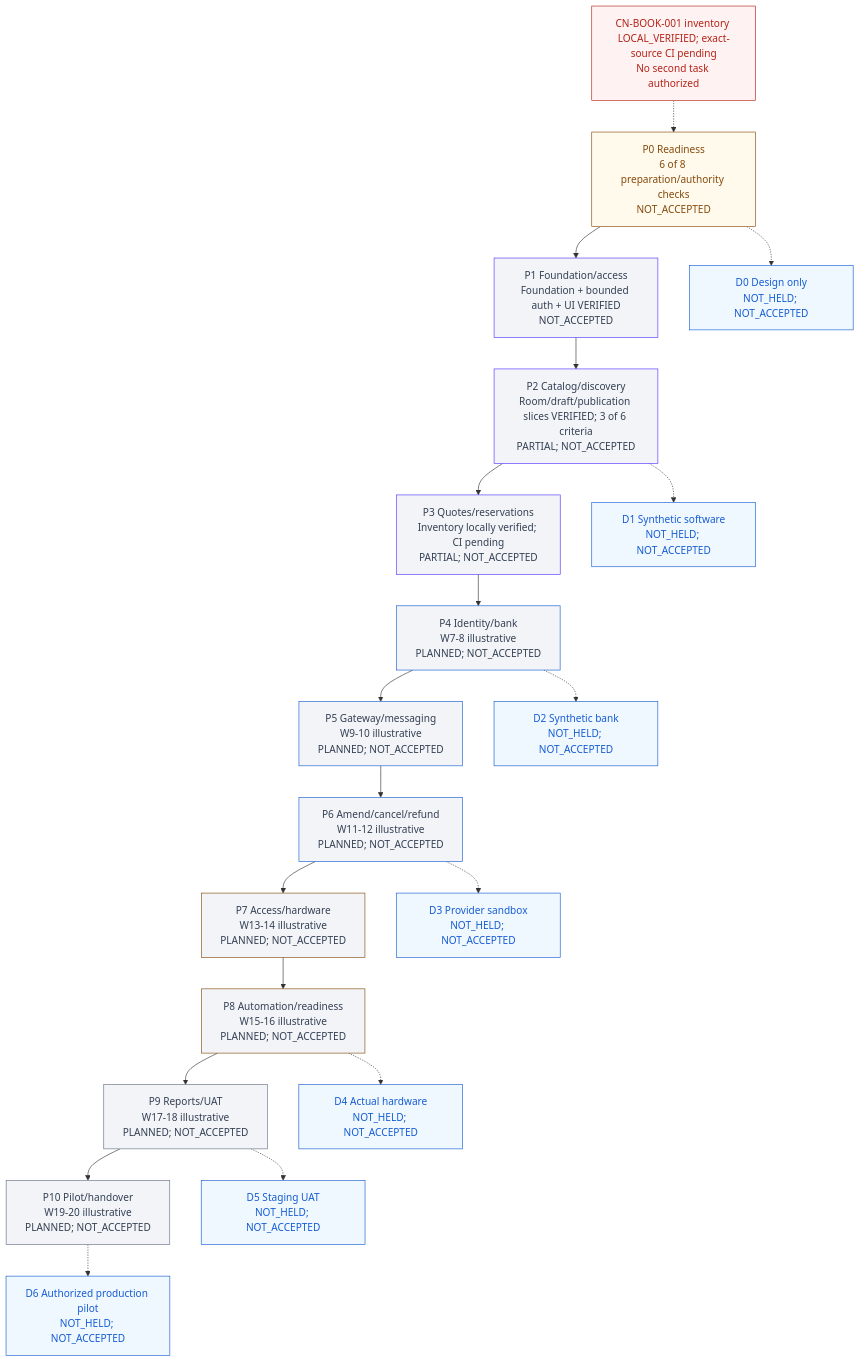
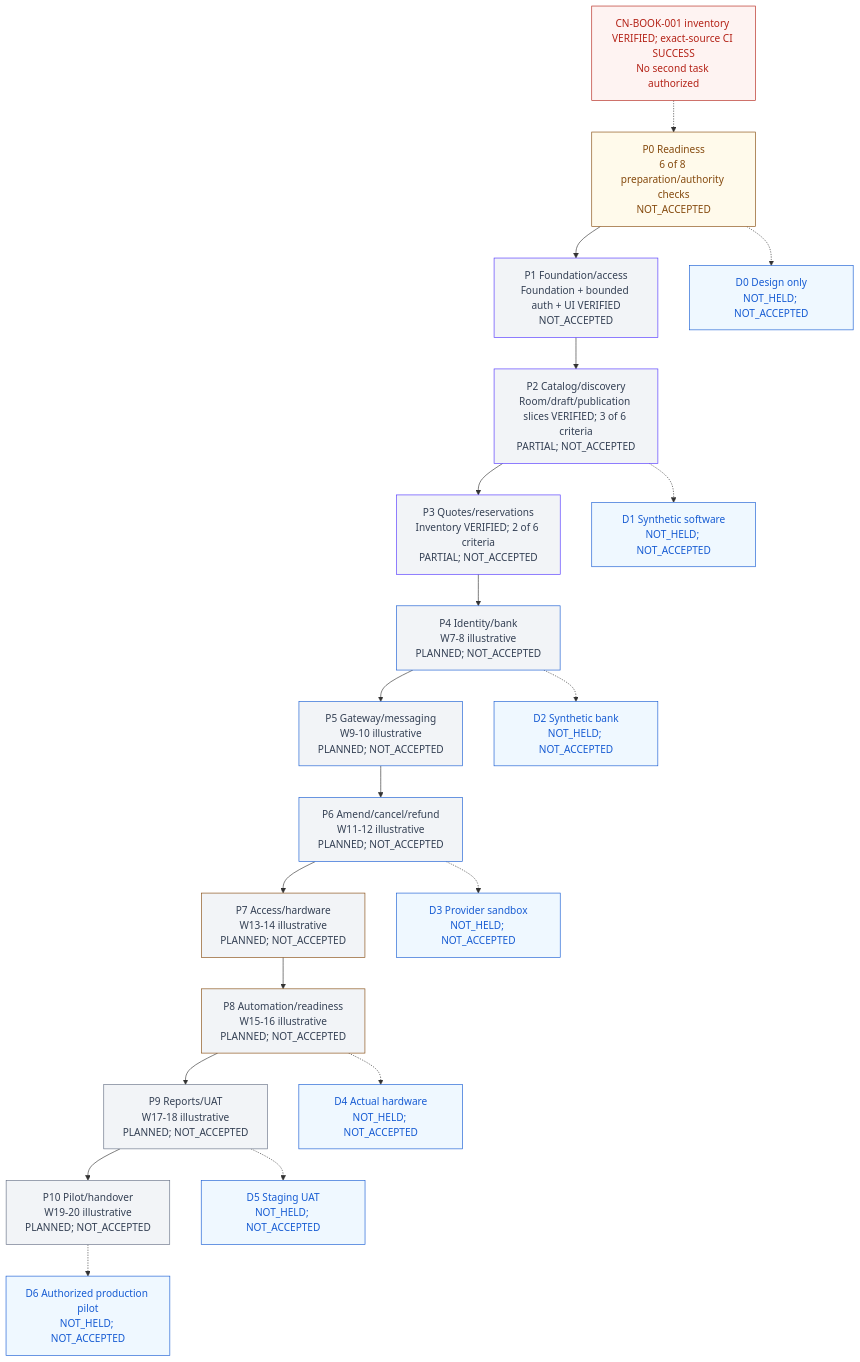
Before and after one commit to Hasitha3513/Theater-Project: the diagram in knowledge/PROGRESS.md, drawn with Mermaid. The commit also changed other lines of this file and 5 other files, not shown here.

Commit message:
docs(booking): record verified inventory closure and handoff

````diff
--- a/knowledge/PROGRESS.md
+++ b/knowledge/PROGRESS.md
@@ -307,45 +307,45 @@
 ```mermaid
 flowchart TB
-  G["CN-BOOK-001 inventory LOCAL_VERIFIED; exact-source CI pending<br/>No second task authorized"]
+  G["CN-BOOK-001 inventory VERIFIED; exact-source CI SUCCESS<br/>No second task authorized"]
   P0["P0 Readiness<br/>6 of 8 preparation/authority checks<br/>NOT_ACCEPTED"]
   P1["P1 Foundation/access<br/>Foundation + bounded auth + UI VERIFIED<br/>NOT_ACCEPTED"]
   P2["P2 Catalog/discovery<br/>Room/draft/publication slices VERIFIED; 3 of 6 criteria<br/>PARTIAL; NOT_ACCEPTED"]
-  P3["P3 Quotes/reservations<br/>Inventory locally verified; CI pending<br/>PARTIAL; NOT_ACCEPTED"]
+  P3["P3 Quotes/reservations<br/>Inventory VERIFIED; 2 of 6 criteria<br/>PARTIAL; NOT_ACCEPTED"]
   P4["P4 Identity/bank<br/>W7-8 illustrative<br/>PLANNED; NOT_ACCEPTED"]
   P5["P5 Gateway/messaging<br/>W9-10 illustrative<br/>PLANNED; NOT_ACCEPTED"]
   P6["P6 Amend/cancel/refund<br/>W11-12 illustrative<br/>PLANNED; NOT_ACCEPTED"]
   P7["P7 Access/hardware<br/>W13-14 illustrative<br/>PLANNED; NOT_ACCEPTED"]
   P8["P8 Automation/readiness<br/>W15-16 illustrative<br/>PLANNED; NOT_ACCEPTED"]
   P9["P9 Reports/UAT<br/>W17-18 illustrative<br/>PLANNED; NOT_ACCEPTED"]
   P10["P10 Pilot/handover<br/>W19-20 illustrative<br/>PLANNED; NOT_ACCEPTED"]
   G -.-> P0
   P0 --> P1 --> P2 --> P3 --> P4 --> P5 --> P6 --> P7 --> P8 --> P9 --> P10
   D0["D0 Design only<br/>NOT_HELD; NOT_ACCEPTED"]
   D1["D1 Synthetic software<br/>NOT_HELD; NOT_ACCEPTED"]
   D2["D2 Synthetic bank<br/>NOT_HELD; NOT_ACCEPTED"]
   D3["D3 Provider sandbox<br/>NOT_HELD; NOT_ACCEPTED"]
   D4["D4 Actual hardware<br/>NOT_HELD; NOT_ACCEPTED"]
   D5["D5 Staging UAT<br/>NOT_HELD; NOT_ACCEPTED"]
   D6["D6 Authorized production pilot<br/>NOT_HELD; NOT_ACCEPTED"]
   P0 -.-> D0
   P2 -.-> D1
   P4 -.-> D2
   P6 -.-> D3
   P8 -.-> D4
   P9 -.-> D5
   P10 -.-> D6
   classDef readiness fill:#FFFAEB,color:#854A0E,stroke:#854A0E;
   classDef foundation fill:#F2F4F7,color:#344054,stroke:#5135FF;
   classDef financial fill:#F2F4F7,color:#344054,stroke:#175CD3;
   classDef physical fill:#F2F4F7,color:#344054,stroke:#854A0E;
   classDef release fill:#F2F4F7,color:#344054,stroke:#667085;
   classDef blocked fill:#FEF3F2,color:#B42318,stroke:#B42318;
   classDef demo fill:#EFF8FF,color:#175CD3,stroke:#175CD3;
   class P0 readiness;
   class P1,P2,P3 foundation;
   class P4,P5,P6 financial;
   class P7,P8 physical;
   class P9,P10 release;
   class G blocked;
   class D0,D1,D2,D3,D4,D5,D6 demo;
 ```
````
